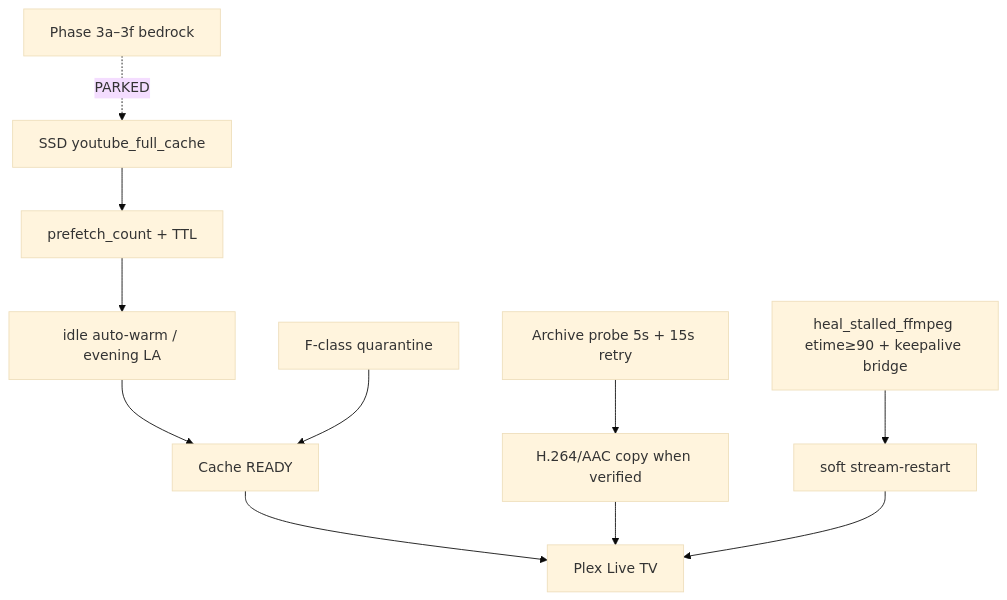
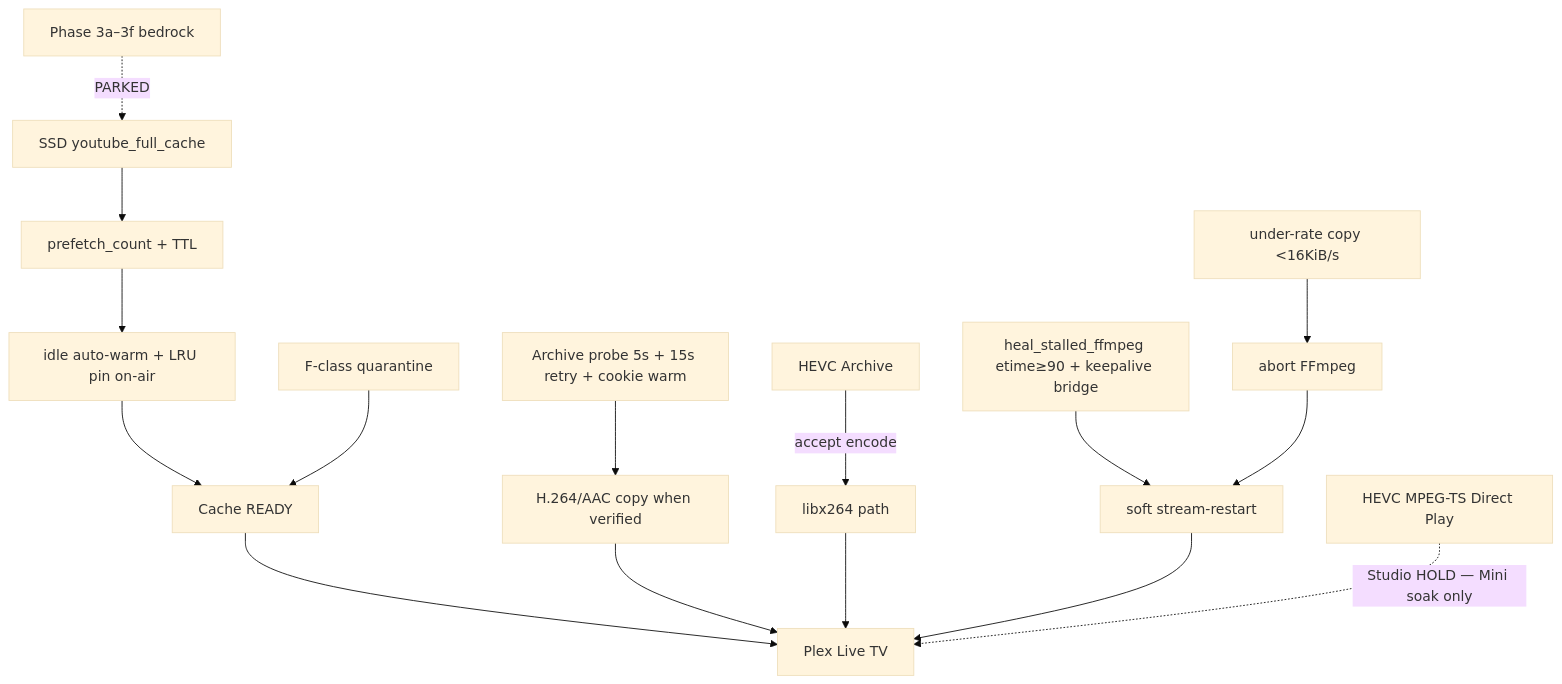
The first of 3 diagrams in docs/wiki/Streaming-Resilience-Ops.md (roto31/StreamTV), drawn with Mermaid (base theme) before and after one commit. The commit also changed other lines of this file and 6 other files, not shown here.

````diff
--- a/docs/wiki/Streaming-Resilience-Ops.md
+++ b/docs/wiki/Streaming-Resilience-Ops.md
@@ -11,13 +11,18 @@
 ```mermaid
 flowchart TD
   SSD["SSD youtube_full_cache"] --> Prefetch["prefetch_count + TTL"]
-  Prefetch --> AutoWarm["idle auto-warm / evening LA"]
+  Prefetch --> AutoWarm["idle auto-warm + LRU pin on-air"]
   AutoWarm --> Ready["Cache READY"]
   Ready --> Plex["Plex Live TV"]
   Dead["F-class quarantine"] --> Ready
-  Probe["Archive probe 5s + 15s retry"] --> Copy["H.264/AAC copy when verified"]
+  Probe["Archive probe 5s + 15s retry + cookie warm"] --> Copy["H.264/AAC copy when verified"]
   Copy --> Plex
+  HEVC["HEVC Archive"] -->|"accept encode"| Xcode["libx264 path"]
+  Xcode --> Plex
+  Trickle["under-rate copy <16KiB/s"] --> Abort["abort FFmpeg"]
   Stall["heal_stalled_ffmpeg etime≥90 + keepalive bridge"] --> Soft["soft stream-restart"]
+  Abort --> Soft
   Soft --> Plex
   P3["Phase 3a–3f bedrock"] -.->|"PARKED"| SSD
+  DP["HEVC MPEG-TS Direct Play"] -.->|"Studio HOLD — Mini soak only"| Plex
 ```
````
